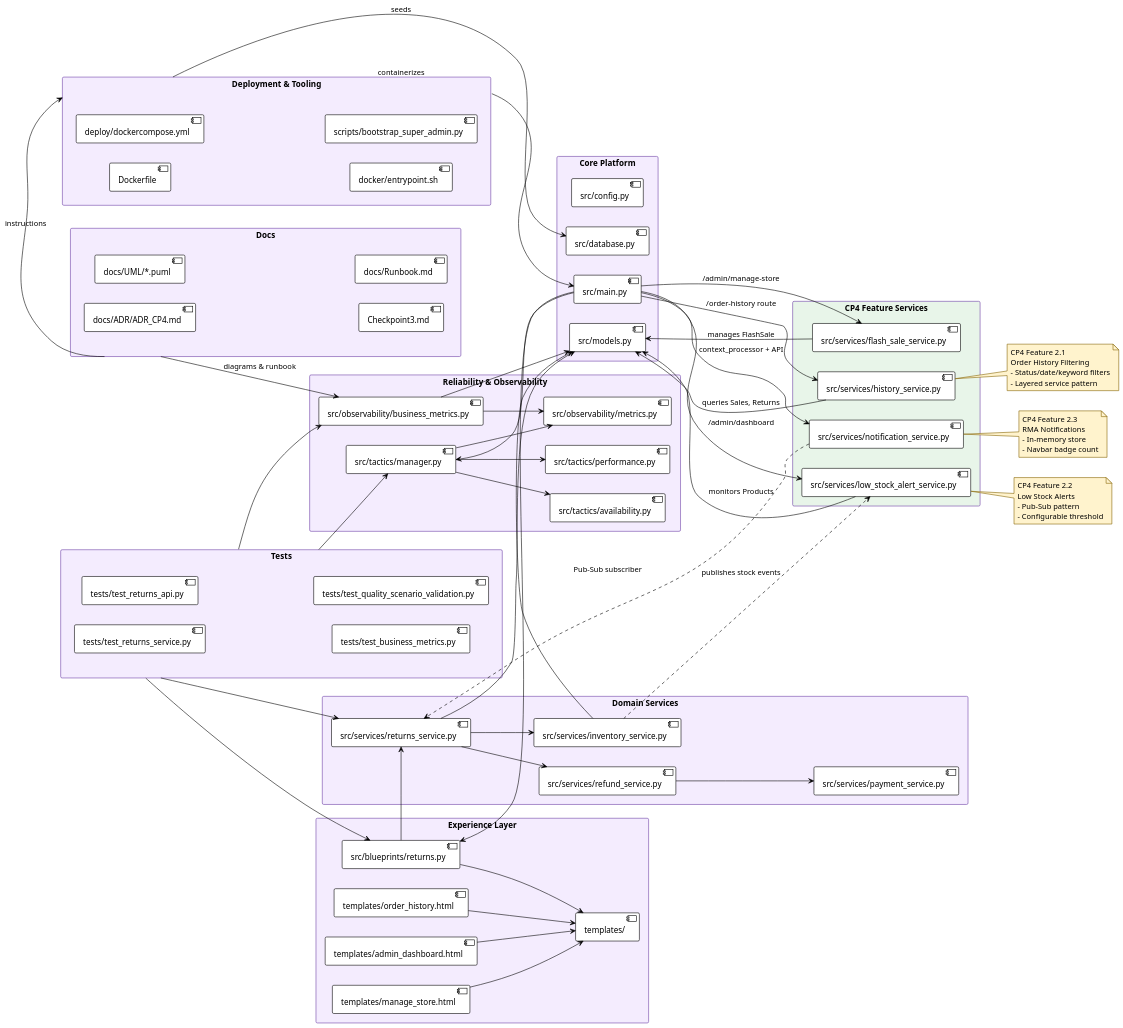
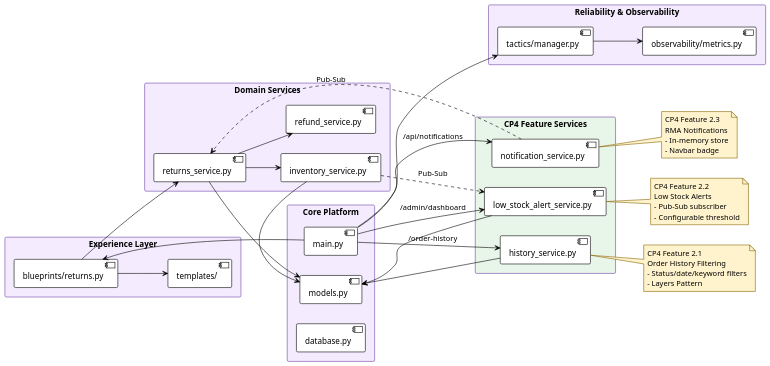
Before and after one commit to alisavictory7/Retail-Management-System---Checkpoint-4: the diagram in docs/UML/package-diagram.puml, drawn with PlantUML. The commit also changed 48 other files, not shown here.

```diff
--- a/docs/UML/package-diagram.puml
+++ b/docs/UML/package-diagram.puml
@@ -1,134 +1,81 @@
-@startuml Package Diagram - CP4 Architecture View
+@startuml Package Diagram - CP4 Architecture
 
 !theme plain
 skinparam packageStyle rectangle
 skinparam dpi 120
 skinparam packageBackgroundColor #F4ECFE
 skinparam packageBorderColor #6C3FA7
 skinparam noteBackgroundColor #FFF3CD
 skinparam noteBorderColor #856404
 
 left to right direction
 
 package "Core Platform" {
-    [src/config.py] as Config
-    [src/main.py] as Main
-    [src/models.py] as Models
-    [src/database.py] as Database
+    [main.py] as Main
+    [models.py] as Models
+    [database.py] as Database
 }
 
 package "Experience Layer" {
-    [src/blueprints/returns.py] as ReturnsBP
+    [blueprints/returns.py] as ReturnsBP
     [templates/] as Templates
-    [templates/order_history.html] as OrderHistoryTpl
-    [templates/admin_dashboard.html] as DashboardTpl
-    [templates/manage_store.html] as ManageStoreTpl
 }
 
 package "Domain Services" {
-    [src/services/returns_service.py] as ReturnsSvc
-    [src/services/refund_service.py] as RefundSvc
-    [src/services/payment_service.py] as PaymentSvc
-    [src/services/inventory_service.py] as InventorySvc
+    [returns_service.py] as ReturnsSvc
+    [refund_service.py] as RefundSvc
+    [inventory_service.py] as InventorySvc
 }
 
 package "CP4 Feature Services" #E8F5E9 {
-    [src/services/history_service.py] as HistorySvc
-    [src/services/low_stock_alert_service.py] as LowStockSvc
-    [src/services/notification_service.py] as NotificationSvc
-    [src/services/flash_sale_service.py] as FlashSaleSvc
+    [history_service.py] as HistorySvc
+    [low_stock_alert_service.py] as LowStockSvc
+    [notification_service.py] as NotificationSvc
 }
 
 package "Reliability & Observability" {
-    [src/tactics/manager.py] as TacticsManager
-    [src/tactics/availability.py] as Availability
-    [src/tactics/performance.py] as Performance
-    [src/observability/metrics.py] as Metrics
-    [src/observability/business_metrics.py] as BusinessMetrics
-}
-
-package "Deployment & Tooling" as Deploy {
-    [Dockerfile]
-    [deploy/dockercompose.yml]
-    [docker/entrypoint.sh]
-    [scripts/bootstrap_super_admin.py]
-}
-
-package "Tests" as TestsPkg {
-    [tests/test_returns_service.py]
-    [tests/test_returns_api.py]
-    [tests/test_business_metrics.py]
-    [tests/test_quality_scenario_validation.py]
-}
-
-package "Docs" as DocsPkg {
-    [docs/ADR/ADR_CP4.md]
-    [docs/UML/*.puml]
-    [Checkpoint3.md]
-    [docs/Runbook.md]
+    [tactics/manager.py] as TacticsManager
+    [observability/metrics.py] as Metrics
 }
 
 Main --> ReturnsBP
 ReturnsBP --> ReturnsSvc
 ReturnsBP --> Templates
-
 ReturnsSvc --> RefundSvc
 ReturnsSvc --> InventorySvc
-RefundSvc --> PaymentSvc
 ReturnsSvc --> Models
 InventorySvc --> Models
 
-' CP4 Feature connections
-Main --> HistorySvc : /order-history route
+Main --> HistorySvc : /order-history
 Main --> LowStockSvc : /admin/dashboard
-Main --> NotificationSvc : context_processor + API
-Main --> FlashSaleSvc : /admin/manage-store
-HistorySvc --> Models : queries Sales, Returns
-LowStockSvc --> Models : monitors Products
-FlashSaleSvc --> Models : manages FlashSale
-NotificationSvc ..> ReturnsSvc : Pub-Sub subscriber
-InventorySvc ..> LowStockSvc : publishes stock events
-OrderHistoryTpl --> Templates
-DashboardTpl --> Templates
-ManageStoreTpl --> Templates
+Main --> NotificationSvc : /api/notifications
+HistorySvc --> Models
+LowStockSvc --> Models
+NotificationSvc ..> ReturnsSvc : Pub-Sub
+InventorySvc ..> LowStockSvc : Pub-Sub
 
-TacticsManager --> Availability
-TacticsManager --> Performance
 Main --> TacticsManager
 TacticsManager --> Metrics
-BusinessMetrics --> Metrics
-BusinessMetrics --> Models
-
-Deploy --> Main : containerizes
-Deploy --> Database : seeds
-
-TestsPkg --> ReturnsSvc
-TestsPkg --> ReturnsBP
-TestsPkg --> BusinessMetrics
-TestsPkg --> TacticsManager
-
-DocsPkg --> Deploy : instructions
-DocsPkg --> BusinessMetrics : diagrams & runbook
 
 note right of HistorySvc
   CP4 Feature 2.1
   Order History Filtering
   - Status/date/keyword filters
-  - Layered service pattern
+  - Layers Pattern
 end note
 
 note right of LowStockSvc
   CP4 Feature 2.2
   Low Stock Alerts
-  - Pub-Sub pattern
+  - Pub-Sub subscriber
   - Configurable threshold
 end note
 
 note right of NotificationSvc
   CP4 Feature 2.3
   RMA Notifications
   - In-memory store
-  - Navbar badge count
+  - Navbar badge
 end note
 
 @enduml
```
